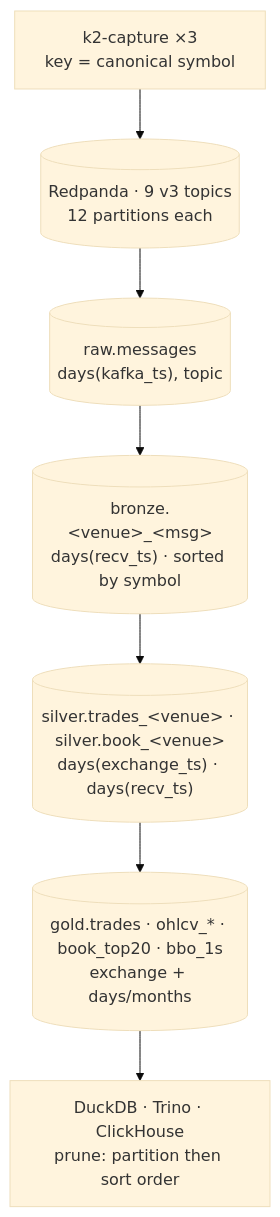
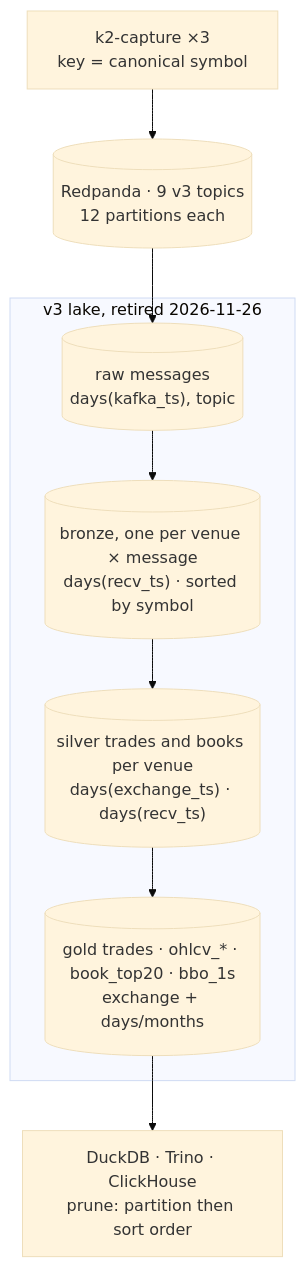
The diagram in docs/architecture/14-partitioning-strategy.md (rjdscott/k2-market-data-platform), drawn with Mermaid (base theme) before and after one commit. The commit also changed other lines of this file and 24 other files, not shown here.

First line of the commit message:
docs(architecture): the book after the v3 lake ingest retires (W6)

````diff
--- a/docs/architecture/14-partitioning-strategy.md
+++ b/docs/architecture/14-partitioning-strategy.md
@@ -17,11 +28,13 @@
 ```mermaid
 flowchart TB
   CAP["k2-capture ×3<br/>key = canonical symbol"]
   RP[("Redpanda · 9 v3 topics<br/>12 partitions each")]
-  RAW[("raw.messages<br/>days(kafka_ts), topic")]
-  BR[("bronze.&lt;venue&gt;_&lt;msg&gt;<br/>days(recv_ts) · sorted by symbol")]
-  SV[("silver.trades_&lt;venue&gt; · silver.book_&lt;venue&gt;<br/>days(exchange_ts) · days(recv_ts)")]
-  GD[("gold.trades · ohlcv_* · book_top20 · bbo_1s<br/>exchange + days/months")]
+  subgraph V3["v3 lake, retired 2026-11-26"]
+    RAW[("raw messages<br/>days(kafka_ts), topic")]
+    BR[("bronze, one per venue × message<br/>days(recv_ts) · sorted by symbol")]
+    SV[("silver trades and books per venue<br/>days(exchange_ts) · days(recv_ts)")]
+    GD[("gold trades · ohlcv_* · book_top20 · bbo_1s<br/>exchange + days/months")]
+  end
   Q["DuckDB · Trino · ClickHouse<br/>prune: partition then sort order"]
   CAP --> RP --> RAW --> BR --> SV --> GD --> Q
 ```
````
